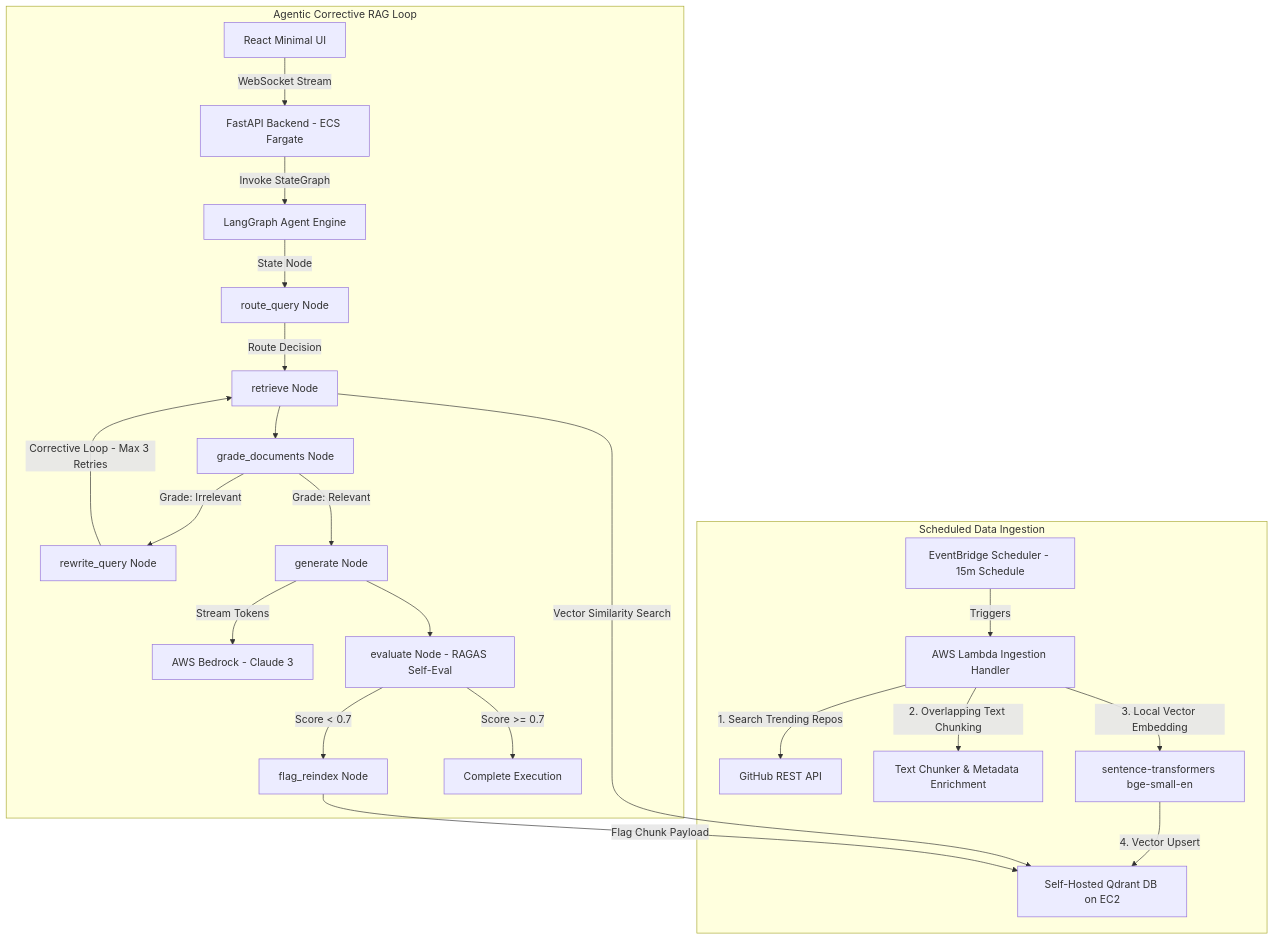
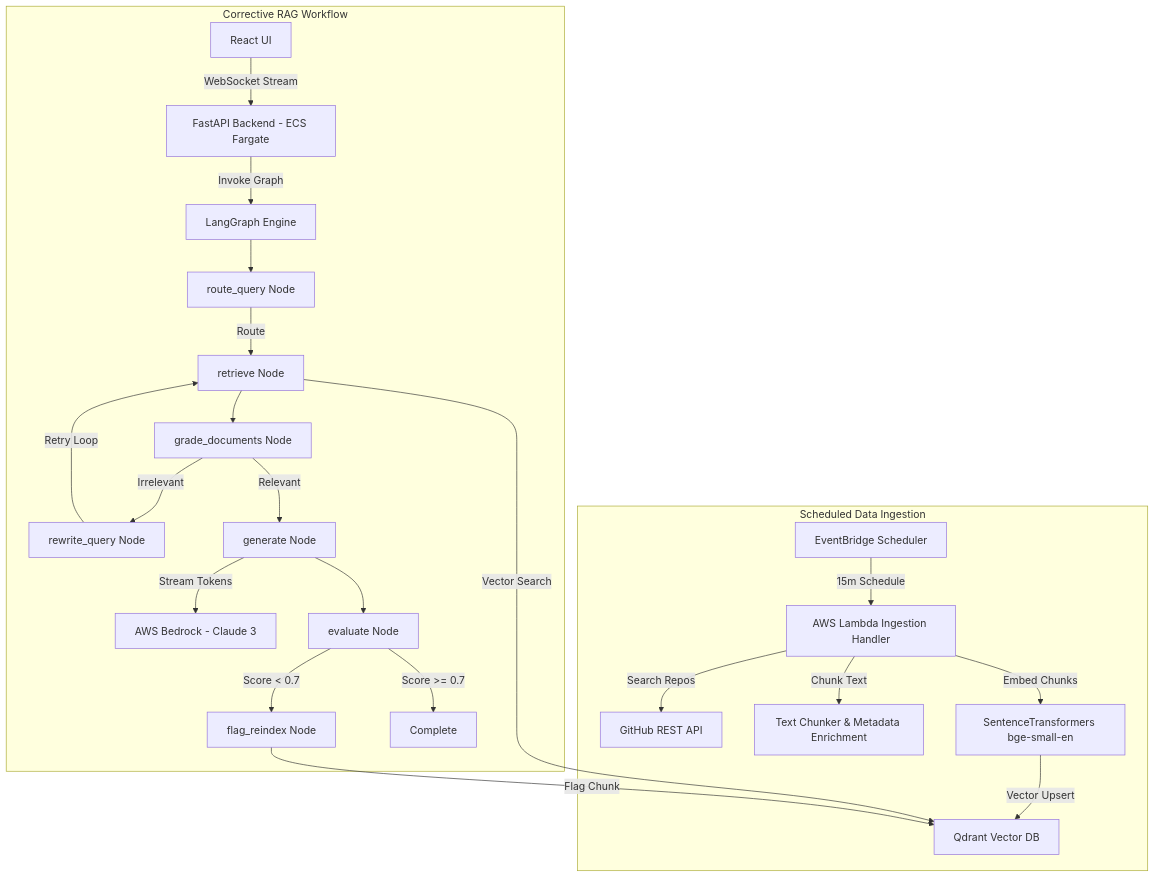
Before and after one commit to varmaleena/-agentic-rag-github-trending: the diagram in README.md, drawn with Mermaid. The commit also changed other lines of this file and 5 other files, not shown here.

Commit message:
refactor: clean codebase, complete ingestion pipeline and update docs

````diff
--- a/README.md
+++ b/README.md
@@ -21,31 +19,31 @@
 ```mermaid
 graph TD
     subgraph Scheduled Data Ingestion
-        EB[EventBridge Scheduler - 15m Schedule] -->|Triggers| L1[AWS Lambda Ingestion Handler]
-        L1 -->|1. Search Trending Repos| GH[GitHub REST API]
-        L1 -->|2. Overlapping Text Chunking| CH[Text Chunker & Metadata Enrichment]
-        L1 -->|3. Local Vector Embedding| EMB[sentence-transformers bge-small-en]
-        EMB -->|4. Vector Upsert| QD[Self-Hosted Qdrant DB on EC2]
+        EB[EventBridge Scheduler] -->|15m Schedule| L1[AWS Lambda Ingestion Handler]
+        L1 -->|Search Repos| GH[GitHub REST API]
+        L1 -->|Chunk Text| CH[Text Chunker & Metadata Enrichment]
+        L1 -->|Embed Chunks| EMB[SentenceTransformers bge-small-en]
+        EMB -->|Vector Upsert| QD[Qdrant Vector DB]
     end
 
-    subgraph Agentic Corrective RAG Loop
-        UI[React Minimal UI] -->|WebSocket Stream| API[FastAPI Backend - ECS Fargate]
-        API -->|Invoke StateGraph| LG[LangGraph Agent Engine]
+    subgraph Corrective RAG Workflow
+        UI[React UI] -->|WebSocket Stream| API[FastAPI Backend - ECS Fargate]
+        API -->|Invoke Graph| LG[LangGraph Engine]
         
-        LG -->|State Node| RN[route_query Node]
-        RN -->|Route Decision| RET[retrieve Node]
-        RET -->|Vector Similarity Search| QD
+        LG --> RN[route_query Node]
+        RN -->|Route| RET[retrieve Node]
+        RET -->|Vector Search| QD
         
         RET --> GD[grade_documents Node]
-        GD -->|Grade: Irrelevant| RW[rewrite_query Node]
-        RW -->|Corrective Loop - Max 3 Retries| RET
+        GD -->|Irrelevant| RW[rewrite_query Node]
+        RW -->|Retry Loop| RET
         
-        GD -->|Grade: Relevant| GEN[generate Node]
+        GD -->|Relevant| GEN[generate Node]
         GEN -->|Stream Tokens| BDR[AWS Bedrock - Claude 3]
-        GEN --> EVAL[evaluate Node - RAGAS Self-Eval]
+        GEN --> EVAL[evaluate Node]
         
         EVAL -->|Score < 0.7| FLG[flag_reindex Node]
-        FLG -->|Flag Chunk Payload| QD
-        EVAL -->|Score >= 0.7| END[Complete Execution]
+        FLG -->|Flag Chunk| QD
+        EVAL -->|Score >= 0.7| END[Complete]
     end
 ```
````
